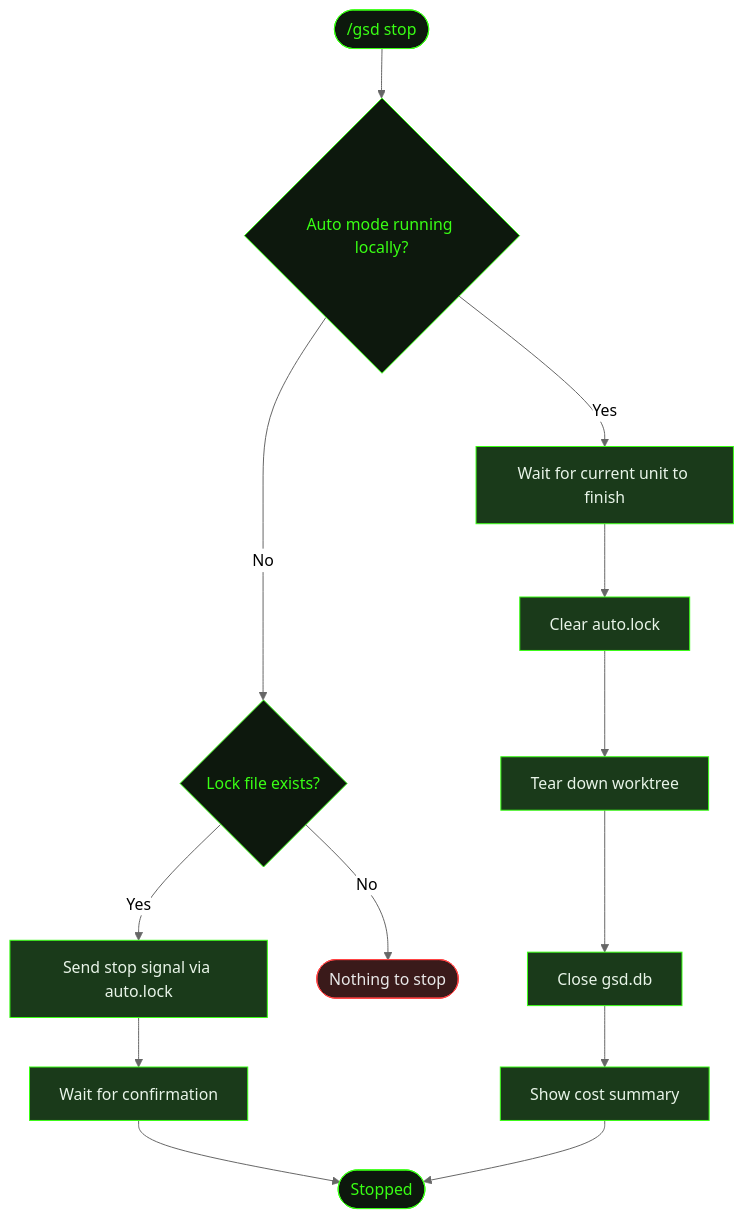
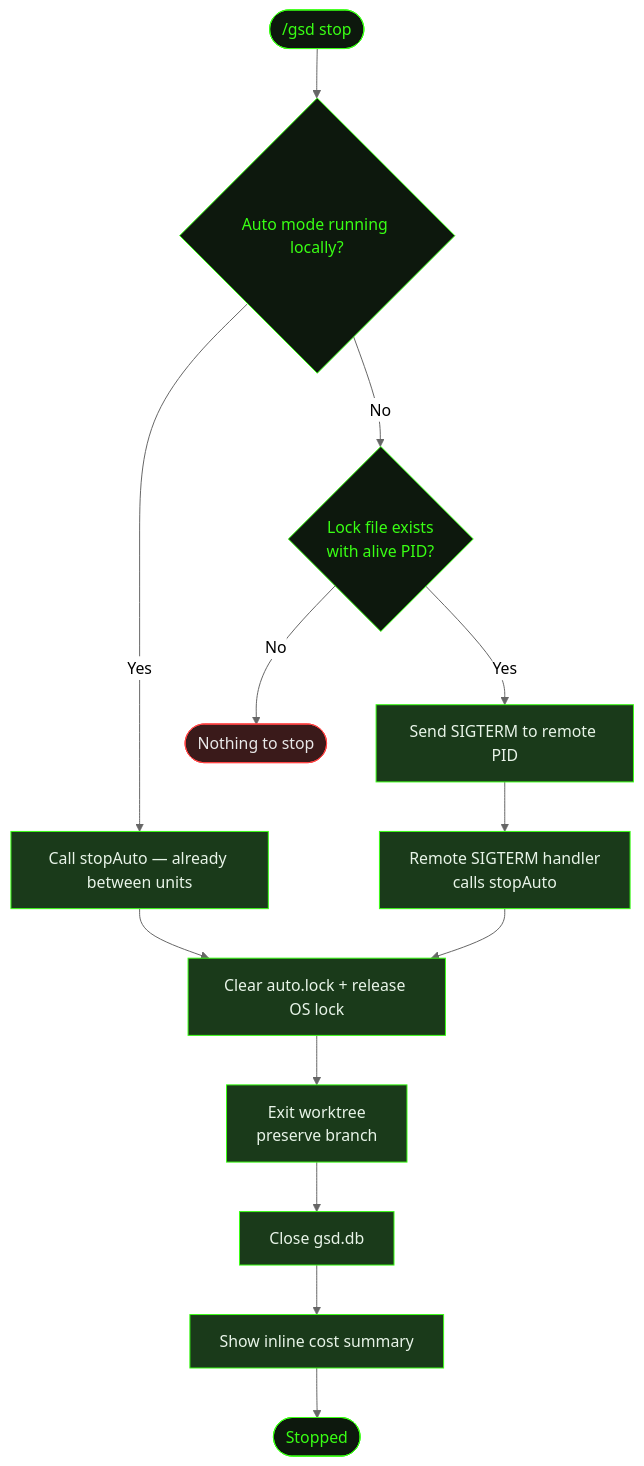
Before and after one commit to shusha-group/gsd2-guide: the diagram in src/content/docs/commands/stop.mdx, drawn with Mermaid (neutral theme). The commit also changed other lines of this file and 33 other files, not shown here.

````diff
--- a/src/content/docs/commands/stop.mdx
+++ b/src/content/docs/commands/stop.mdx
@@ -25,28 +25,28 @@
 ```mermaid
 flowchart TD
     Stop(["/gsd stop"]) --> Running{Auto mode running locally?}
-    Running -->|Yes| Finish[Wait for current unit to finish]
-    Running -->|No| Remote{Lock file exists?}
-    Remote -->|Yes| Signal[Send stop signal via auto.lock]
-    Remote -->|No| NoOp([Nothing to stop])
-    Signal --> Wait[Wait for confirmation]
-    Wait --> Done
-    Finish --> Clear[Clear auto.lock]
-    Clear --> Teardown[Tear down worktree]
-    Teardown --> CloseDB[Close gsd.db]
-    CloseDB --> Summary[Show cost summary]
+    Running -->|Yes| StopLocal[Call stopAuto — already between units]
+    Running -->|No| LockFile{Lock file exists\nwith alive PID?}
+    LockFile -->|Yes| Signal[Send SIGTERM to remote PID]
+    LockFile -->|No| NoOp([Nothing to stop])
+    Signal --> Remote[Remote SIGTERM handler\ncalls stopAuto]
+    StopLocal --> Teardown
+    Remote --> Teardown
+    Teardown[Clear auto.lock + release OS lock] --> Worktree[Exit worktree\npreserve branch]
+    Worktree --> CloseDB[Close gsd.db]
+    CloseDB --> Summary[Show inline cost summary]
     Summary --> Done([Stopped])
 
     style Stop fill:#0d180d,stroke:#39ff14,color:#39ff14
     style Running fill:#0d180d,stroke:#39ff14,color:#39ff14
-    style Remote fill:#0d180d,stroke:#39ff14,color:#39ff14
+    style LockFile fill:#0d180d,stroke:#39ff14,color:#39ff14
     style NoOp fill:#3a1a1a,stroke:#ff4444,color:#e8e8e8
-    style Finish fill:#1a3a1a,stroke:#39ff14,color:#e8f4e8
+    style StopLocal fill:#1a3a1a,stroke:#39ff14,color:#e8f4e8
     style Signal fill:#1a3a1a,stroke:#39ff14,color:#e8f4e8
-    style Wait fill:#1a3a1a,stroke:#39ff14,color:#e8f4e8
-    style Clear fill:#1a3a1a,stroke:#39ff14,color:#e8f4e8
+    style Remote fill:#1a3a1a,stroke:#39ff14,color:#e8f4e8
     style Teardown fill:#1a3a1a,stroke:#39ff14,color:#e8f4e8
+    style Worktree fill:#1a3a1a,stroke:#39ff14,color:#e8f4e8
     style CloseDB fill:#1a3a1a,stroke:#39ff14,color:#e8f4e8
     style Summary fill:#1a3a1a,stroke:#39ff14,color:#e8f4e8
     style Done fill:#0d180d,stroke:#39ff14,color:#39ff14
 ```
````
